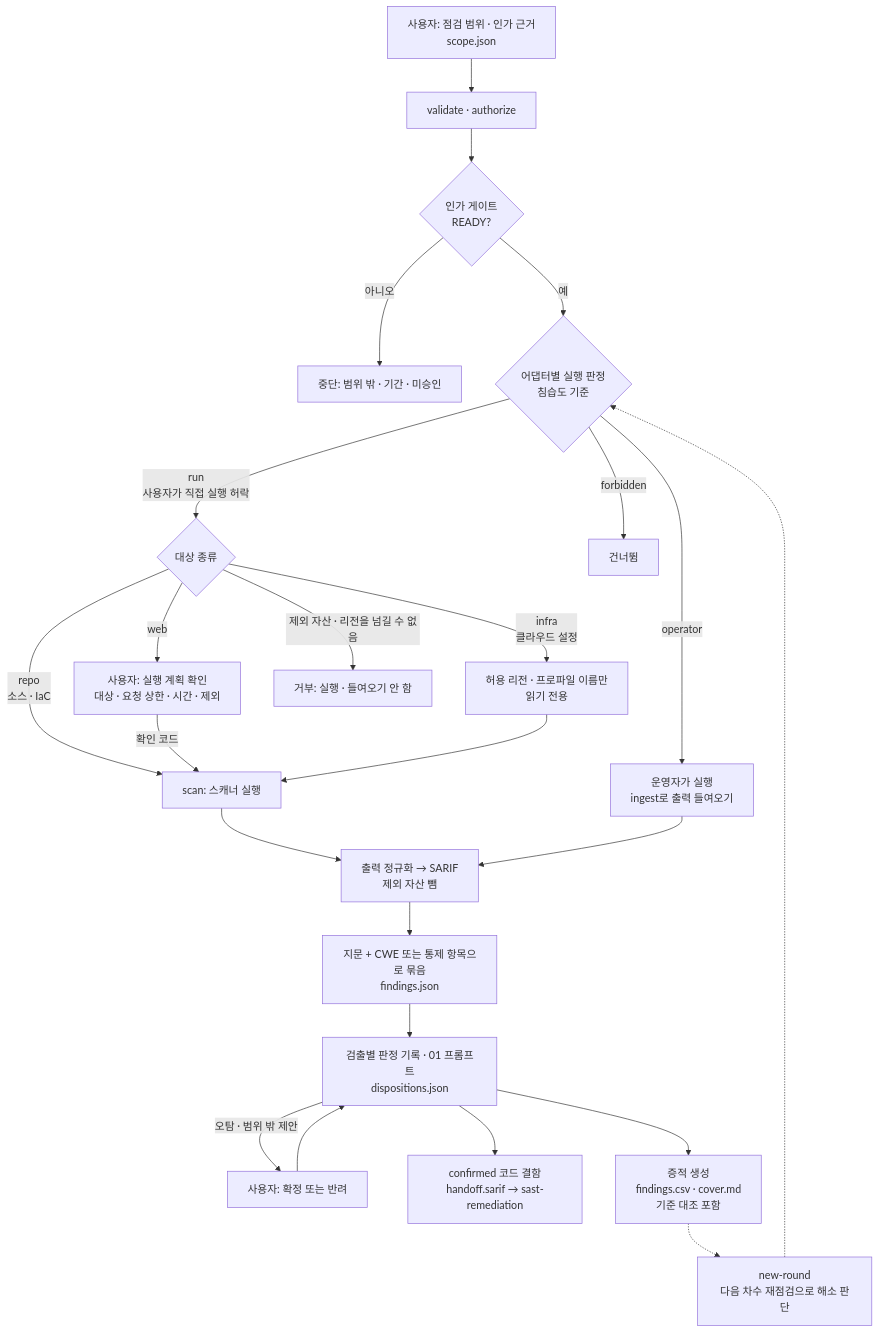
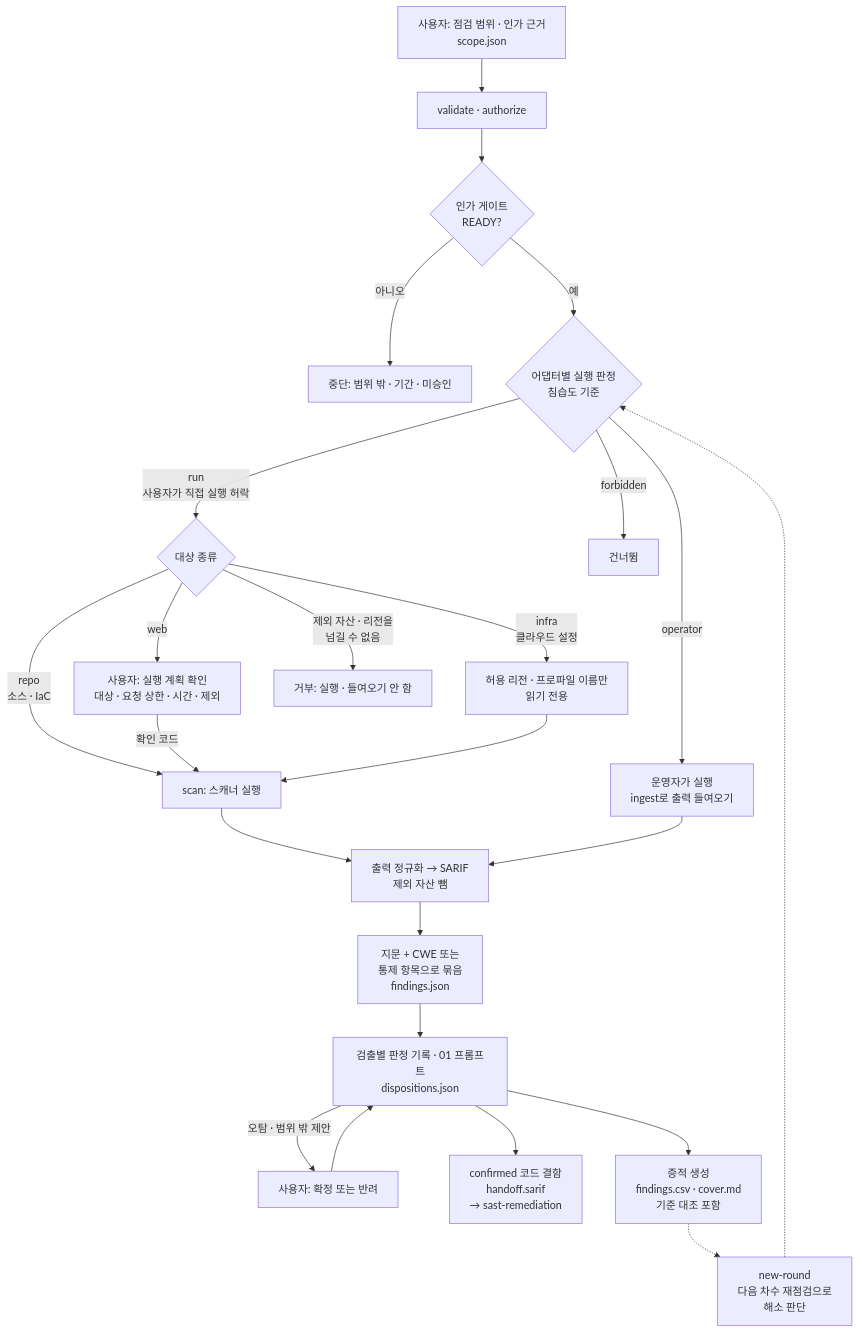
One commit to seo0tak/agent-skills changed the diagram in plugins/security-assessment/skills/security-assessment/toolkit/README.md. Above: the diagram before and after it, drawn with Mermaid. The commit also changed other lines of this file and 28 other files, not shown here.

First line of the commit message:
docs: 시인성 재점검 — Mermaid 라벨 줄바꿈, 긴 명령 줄, USAGE 좁은 화면

````diff
--- a/plugins/security-assessment/skills/security-assessment/toolkit/README.md
+++ b/plugins/security-assessment/skills/security-assessment/toolkit/README.md
@@ -16,26 +16,26 @@
 ```mermaid
 flowchart TD
   scope["사용자: 점검 범위 · 인가 근거<br/>scope.json"] --> auth["validate · authorize"]
   auth --> gate{"인가 게이트<br/>READY?"}
   gate -- "아니오" --> stop["중단: 범위 밖 · 기간 · 미승인"]
   gate -- "예" --> decide{"어댑터별 실행 판정<br/>침습도 기준"}
   decide -- "run<br/>사용자가 직접 실행 허락" --> kind{"대상 종류"}
   kind -- "repo<br/>소스 · IaC" --> exec["scan: 스캐너 실행"]
   kind -- "web" --> plan["사용자: 실행 계획 확인<br/>대상 · 요청 상한 · 시간 · 제외"]
   plan -- "확인 코드" --> exec
   kind -- "infra<br/>클라우드 설정" --> cloud["허용 리전 · 프로파일 이름만<br/>읽기 전용"]
   cloud --> exec
-  kind -- "제외 자산 · 리전을 넘길 수 없음" --> refuse["거부: 실행 · 들여오기 안 함"]
+  kind -- "제외 자산 · 리전을<br/>넘길 수 없음" --> refuse["거부: 실행 · 들여오기 안 함"]
   decide -- "operator" --> op["운영자가 실행<br/>ingest로 출력 들여오기"]
   decide -- "forbidden" --> skip["건너뜀"]
   exec --> norm["출력 정규화 → SARIF<br/>제외 자산 뺌"]
   op --> norm
-  norm --> merge["지문 + CWE 또는 통제 항목으로 묶음<br/>findings.json"]
+  norm --> merge["지문 + CWE 또는<br/>통제 항목으로 묶음<br/>findings.json"]
   merge --> disp["검출별 판정 기록 · 01 프롬프트<br/>dispositions.json"]
   disp -- "오탐 · 범위 밖 제안" --> user["사용자: 확정 또는 반려"]
   user --> disp
-  disp --> bridge["confirmed 코드 결함<br/>handoff.sarif → sast-remediation"]
+  disp --> bridge["confirmed 코드 결함<br/>handoff.sarif<br/>→ sast-remediation"]
   disp --> ev["증적 생성<br/>findings.csv · cover.md<br/>기준 대조 포함"]
-  ev -.-> round["new-round<br/>다음 차수 재점검으로 해소 판단"]
+  ev -.-> round["new-round<br/>다음 차수 재점검으로<br/>해소 판단"]
   round -.-> decide
 ```
````
